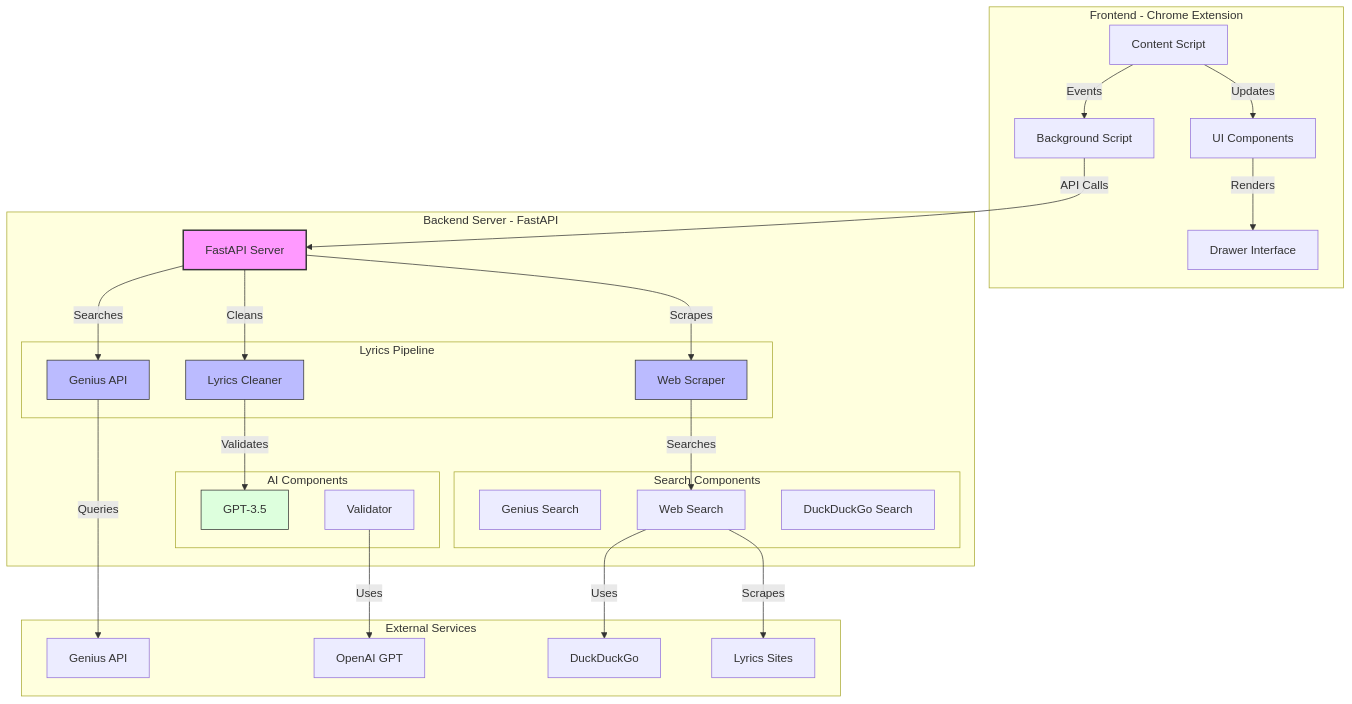
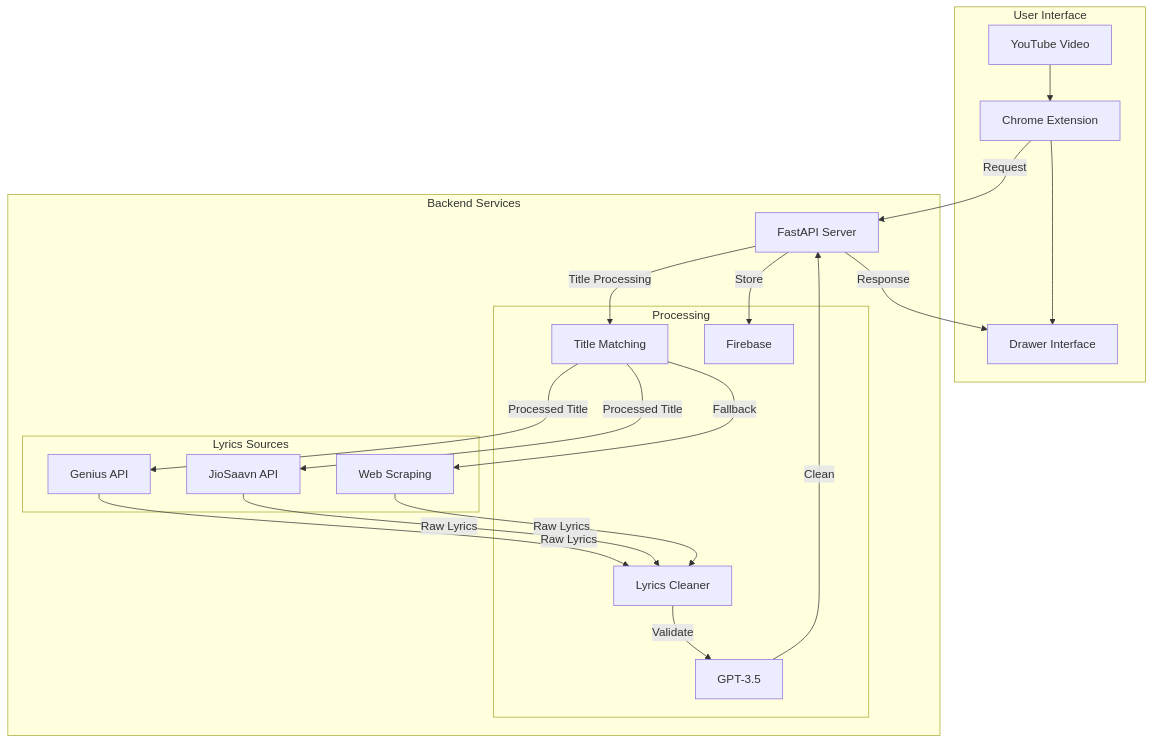
One commit to KrishnaKumarSoni/beatscript changed the first of 14 diagrams in README.md. Above: the diagram before and after it, drawn with Mermaid. The commit also changed other lines of this file and 3 other files, not shown here.

````diff
--- a/README.md
+++ b/README.md
@@ -9,60 +9,34 @@
 ```mermaid
 graph TB
-    subgraph "Frontend - Chrome Extension"
-        CE[Content Script]
-        BG[Background Script]
-        UI[UI Components]
-        DR[Drawer Interface]
+    subgraph "User Interface"
+        YT[YouTube Video] --> EXT[Chrome Extension]
+        EXT --> UI[Drawer Interface]
     end
     
-    subgraph "Backend Server - FastAPI"
+    subgraph "Backend Services"
         API[FastAPI Server]
-        
-        subgraph "Lyrics Pipeline"
-            GEN[Genius API]
-            SCR[Web Scraper]
-            CLN[Lyrics Cleaner]
+        subgraph "Lyrics Sources"
+            G[Genius API]
+            J[JioSaavn API]
+            W[Web Scraping]
         end
-        
-        subgraph "AI Components"
+        subgraph "Processing"
+            TM[Title Matching]
+            LC[Lyrics Cleaner]
             GPT[GPT-3.5]
-            VAL[Validator]
-        end
-        
-        subgraph "Search Components"
-            GS[Genius Search]
-            WS[Web Search]
-            DS[DuckDuckGo Search]
+            FB[Firebase]
         end
     end
     
-    subgraph "External Services"
-        GA[Genius API]
-        OAI[OpenAI GPT]
-        DDG[DuckDuckGo]
-        LS[Lyrics Sites]
-    end
+    EXT -->|Request| API
+    API -->|Title Processing| TM
+    TM -->|Processed Title| G
+    TM -->|Processed Title| J
+    TM -->|Fallback| W
     
-    CE -->|Events| BG
-    BG -->|API Calls| API
-    CE -->|Updates| UI
-    UI -->|Renders| DR
-    
-    API -->|Searches| GEN
-    API -->|Scrapes| SCR
-    API -->|Cleans| CLN
-    
-    GEN -->|Queries| GA
-    SCR -->|Searches| WS
-    WS -->|Uses| DDG
-    WS -->|Scrapes| LS
-    
-    CLN -->|Validates| GPT
-    VAL -->|Uses| OAI
-    
-    style API fill:#f9f,stroke:#333,stroke-width:2px
-    style GEN fill:#bbf,stroke:#333
-    style SCR fill:#bbf,stroke:#333
-    style CLN fill:#bbf,stroke:#333
-    style GPT fill:#dfd,stroke:#333
+    G & J & W -->|Raw Lyrics| LC
+    LC -->|Validate| GPT
+    GPT -->|Clean| API
+    API -->|Store| FB
+    API -->|Response| UI
 ```
````
